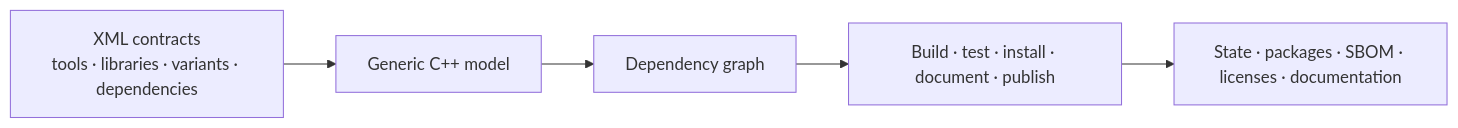
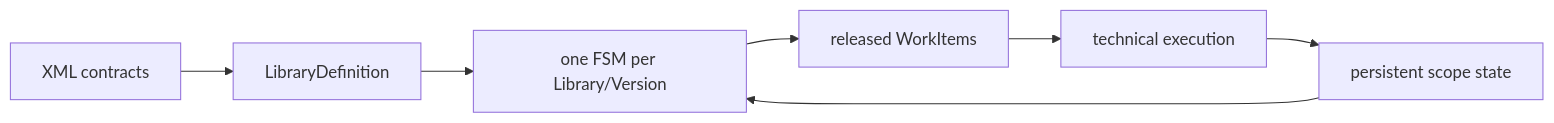
Before and after one commit to adeccscholar/BuildEngine-Admin: the sixth of 14 diagrams in admin/server-docs/story.md, drawn with Mermaid. The commit also changed other lines of this file, not shown here.

Commit message:
Center project story on library FSM

````diff
--- a/admin/server-docs/story.md
+++ b/admin/server-docs/story.md
@@ -293,7 +320,9 @@
 ```mermaid
 flowchart LR
-   XML["XML contracts<br/>tools · libraries · variants · dependencies"] --> Model["Generic C++ model"]
-   Model --> DAG["Dependency graph"]
-   DAG --> Jobs["Build · test · install · document · publish"]
-   Jobs --> Evidence["State · packages · SBOM · licenses · documentation"]
+   XML["XML contracts"] --> Def["LibraryDefinition"]
+   State["persistent scope state"] --> FSM["one FSM per Library/Version"]
+   Def --> FSM
+   FSM --> Work["released WorkItems"]
+   Work --> Exec["technical execution"]
+   Exec --> State
 ```
````
